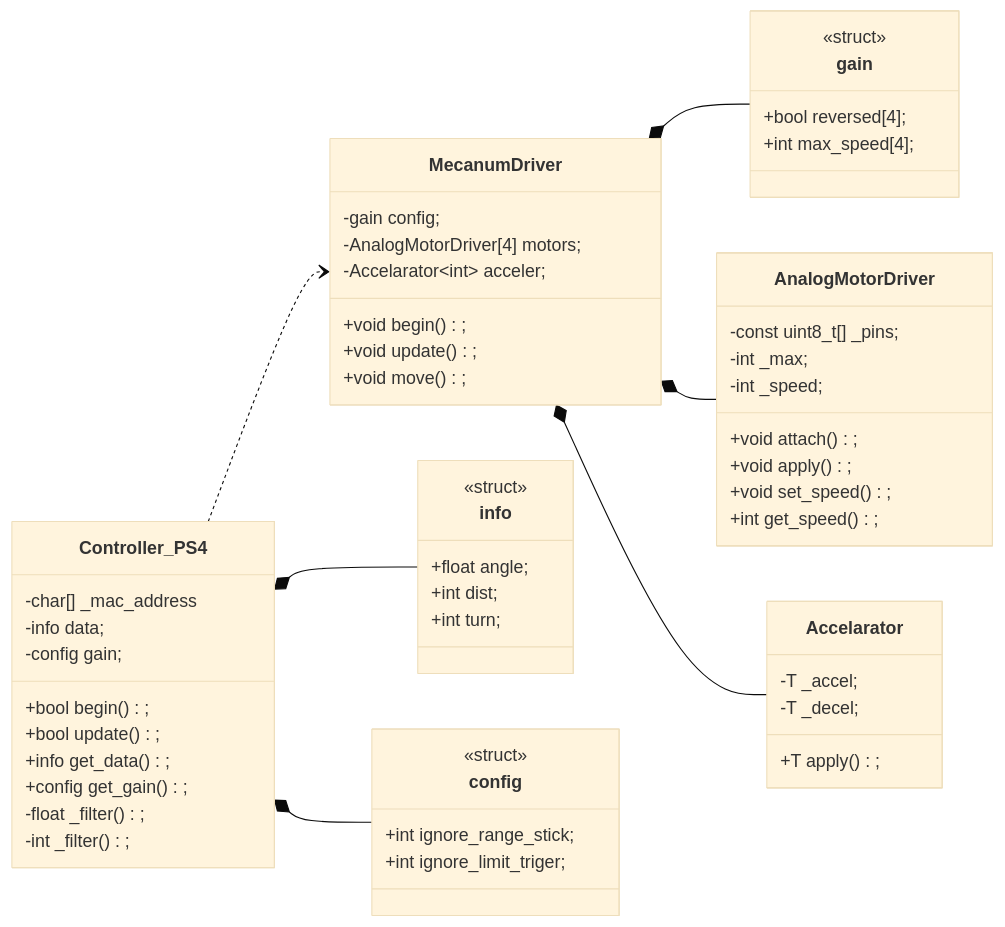
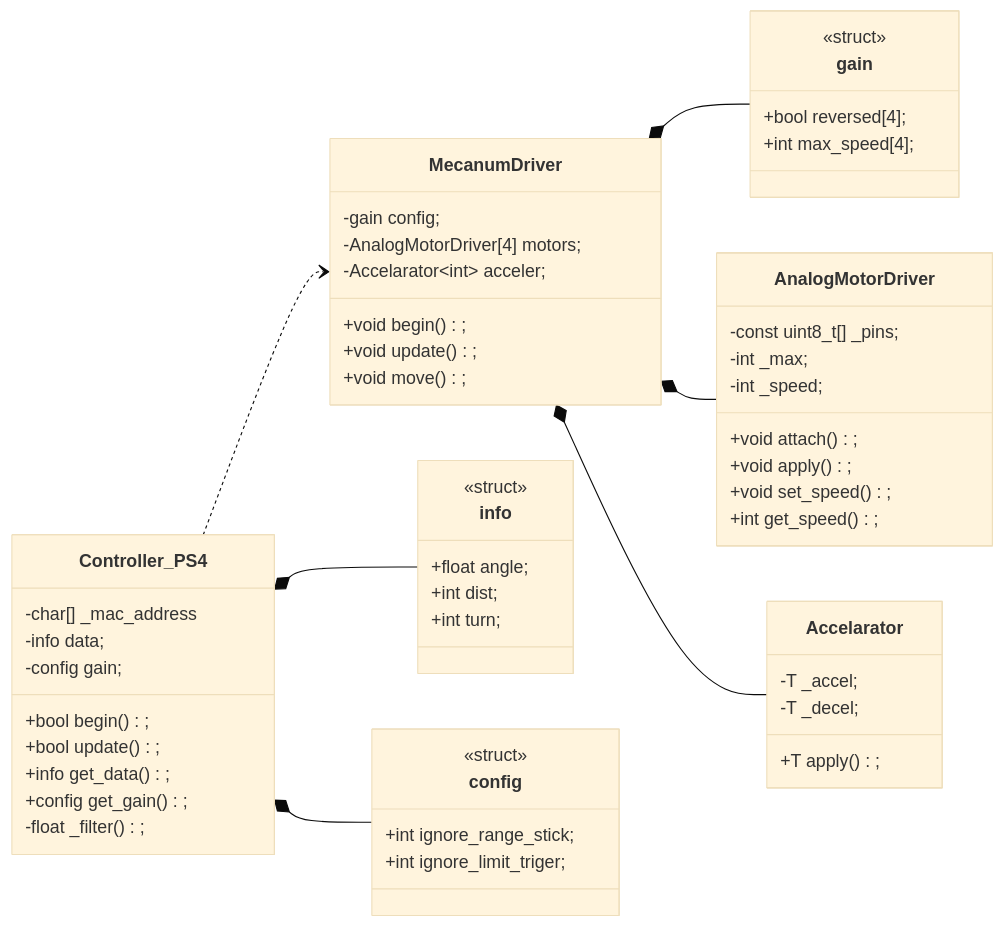
One commit to Tomoooji/Planaria_renewal changed the second of 2 diagrams in README.md. Above: the diagram before and after it, drawn with Mermaid (base theme).

````diff
--- a/README.md
+++ b/README.md
@@ -29,61 +29,60 @@
 ```mermaid
 classDiagram
     direction LR
     Controller_PS4 ..> MecanumDriver
     Controller_PS4 *-- info
     Controller_PS4 *-- config
     MecanumDriver *-- gain
     MecanumDriver *-- AnalogMotorDriver
     MecanumDriver *-- Accelarator
 
     class Controller_PS4{
         -char[] _mac_address
         -info data;
         -config gain;
         +bool begin();
         +bool update();
         +info get_data();
         +config get_gain();
         -float _filter();
-        -int _filter();
     }
     class info{
         <<struct>>
         +float angle;
         +int dist;
         +int turn;
     }
     class config{
         <<struct>>
         +int ignore_range_stick;
         +int ignore_limit_triger;
     }
     class MecanumDriver{
         -gain config;
         -AnalogMotorDriver[4] motors;
         -Accelarator~int~ acceler;
         +void begin();
         +void update();
         +void move();
     }
     class gain{
         <<struct>>
         +bool reversed[4];
         +int max_speed[4];
     }
     class AnalogMotorDriver{
         -const uint8_t[] _pins;
         -int _max;
         -int _speed;
         +void attach();
         +void apply();
         +void set_speed();
         +int get_speed();
     }
     class Accelarator~T~{
         -T _accel;
         -T _decel;
         +T apply();
     }
 
 ```
````
